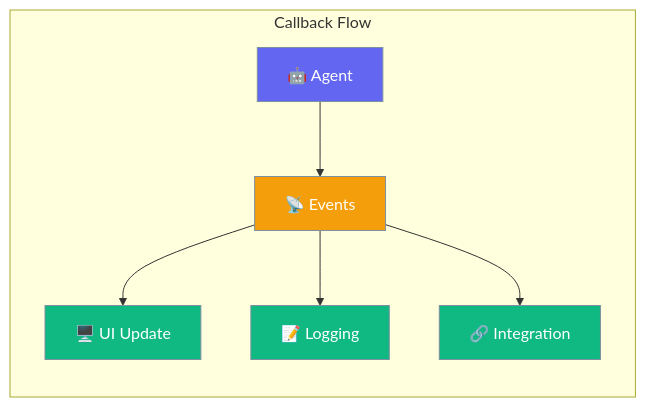
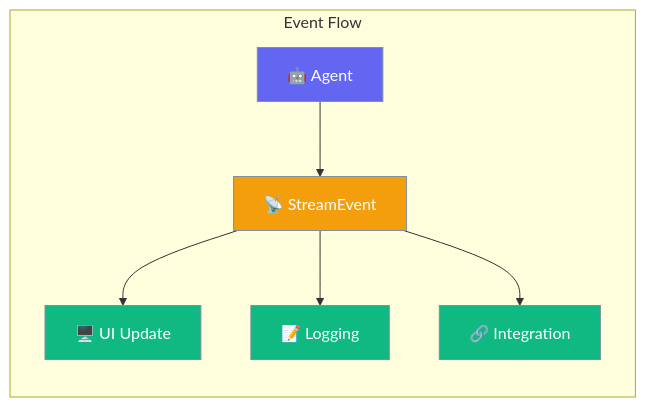
Before and after one commit to MervinPraison/PraisonAIDocs: the diagram in docs/rust/callbacks.mdx, drawn with Mermaid. The commit also changed other lines of this file and 1 other file, not shown here.

````diff
--- a/docs/rust/callbacks.mdx
+++ b/docs/rust/callbacks.mdx
@@ -10,17 +10,17 @@
 ```mermaid
 graph LR
-    subgraph "Callback Flow"
-        A[🤖 Agent] --> E[📡 Events]
+    subgraph "Event Flow"
+        A[🤖 Agent] --> E[📡 StreamEvent]
         E --> UI[🖥️ UI Update]
         E --> L[📝 Logging]
         E --> I[🔗 Integration]
     end
     
     classDef agent fill:#6366F1,stroke:#7C90A0,color:#fff
     classDef event fill:#F59E0B,stroke:#7C90A0,color:#fff
     classDef target fill:#10B981,stroke:#7C90A0,color:#fff
     
     class A agent
     class E event
     class UI,L,I target
 ```
````
